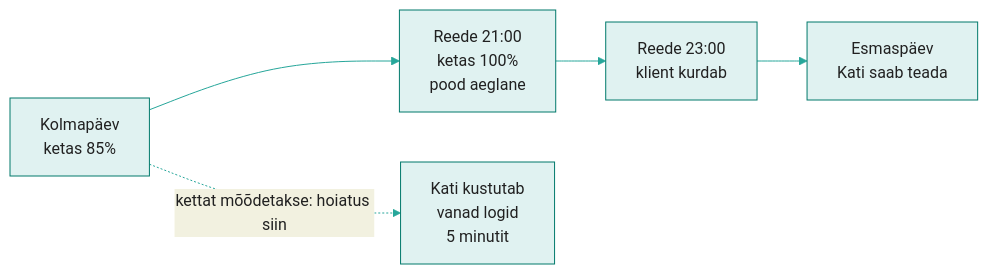
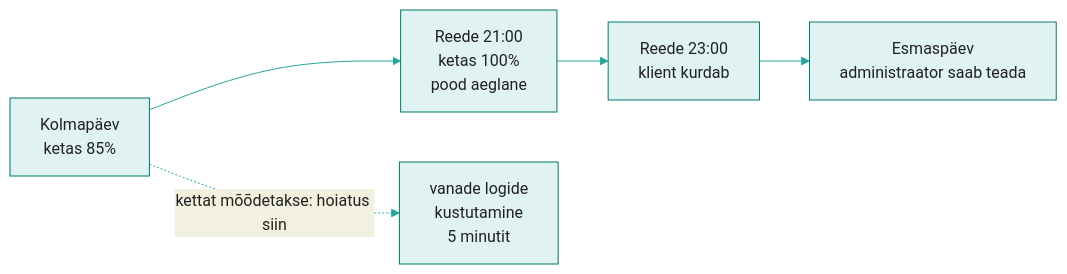
The first of 3 diagrams in docs/week03/lecture.md (hkhk-monitoring/monitoring), drawn with Mermaid before and after one commit. The commit also changed other lines of this file and 9 other files, not shown here.

````diff
--- a/docs/week03/lecture.md
+++ b/docs/week03/lecture.md
@@ -47,8 +30,8 @@
 ```mermaid
 %%{init: {'theme':'base','themeVariables':{'primaryColor':'#e0f2f1','primaryBorderColor':'#00796b','primaryTextColor':'#212121','lineColor':'#26a69a'}}}%%
 graph LR
     A["Kolmapäev<br/>ketas 85%"] --> B["Reede 21:00<br/>ketas 100%<br/>pood aeglane"]
     B --> C["Reede 23:00<br/>klient kurdab"]
-    C --> D["Esmaspäev<br/>Kati saab teada"]
-    A -. "kettat mõõdetakse: hoiatus siin" .-> E["Kati kustutab<br/>vanad logid<br/>5 minutit"]
+    C --> D["Esmaspäev<br/>administraator saab teada"]
+    A -. "kettat mõõdetakse: hoiatus siin" .-> E["vanade logide<br/>kustutamine<br/>5 minutit"]
 ```
````
